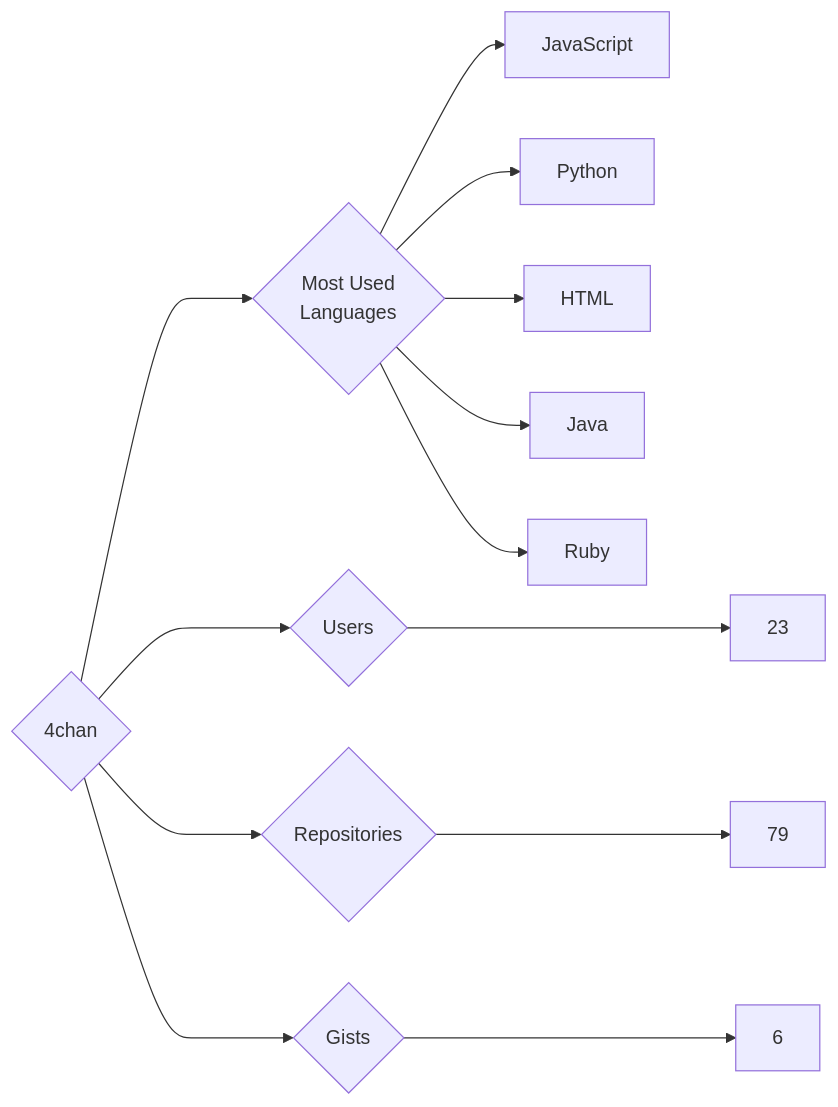
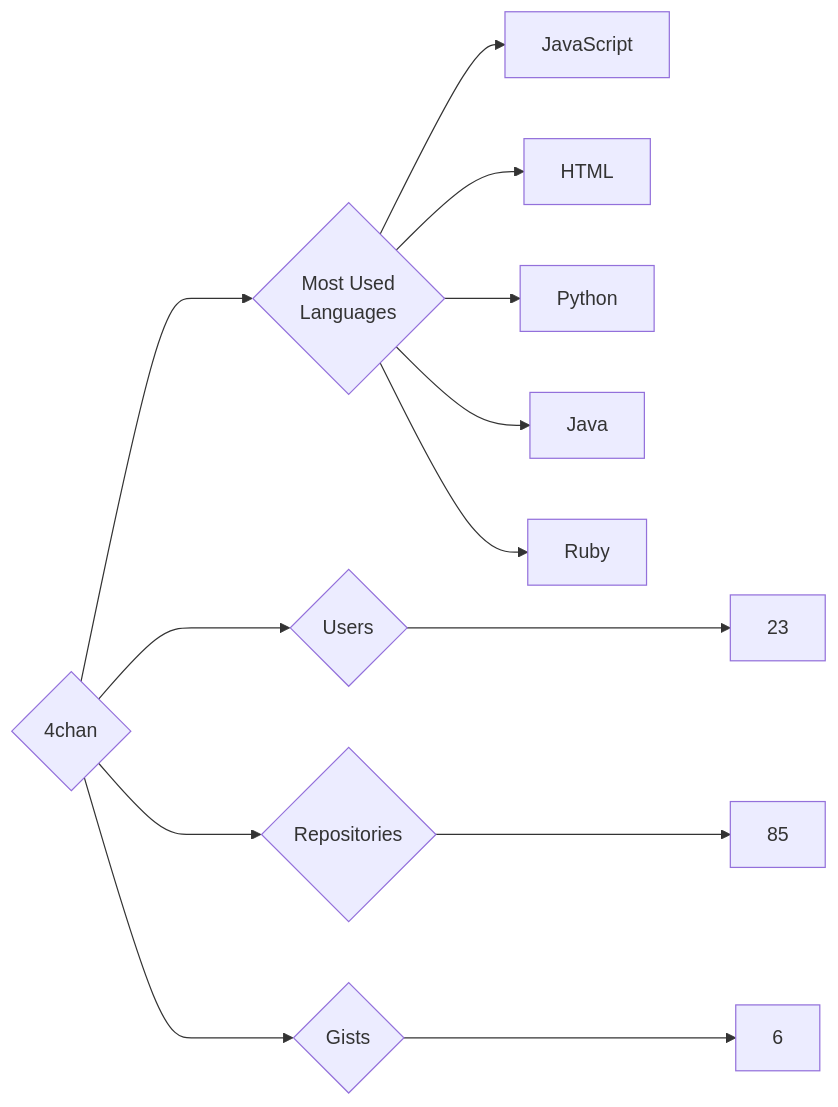
One commit to trickest/insiders changed the diagram in targets/4chan/README.md. Above: the diagram before and after it, drawn with Mermaid. The commit also changed 640 other files, not shown here.

````diff
--- a/targets/4chan/README.md
+++ b/targets/4chan/README.md
@@ -3,13 +3,13 @@
 ```mermaid
 graph LR
 COMPANY_NAME{4chan}
 COMPANY_NAME ---> U{Users} ---> UN[23]
-COMPANY_NAME ---> R{Repositories} ---> RN[79]
+COMPANY_NAME ---> R{Repositories} ---> RN[85]
 COMPANY_NAME ---> G{Gists} ---> GN[6]
 COMPANY_NAME ---> ML{Most Used<br>Languages}
 ML --> JavaScript[JavaScript]
+ML --> HTML[HTML]
 ML --> Python[Python]
-ML --> HTML[HTML]
 ML --> Java[Java]
 ML --> Ruby[Ruby]
 ```
````
